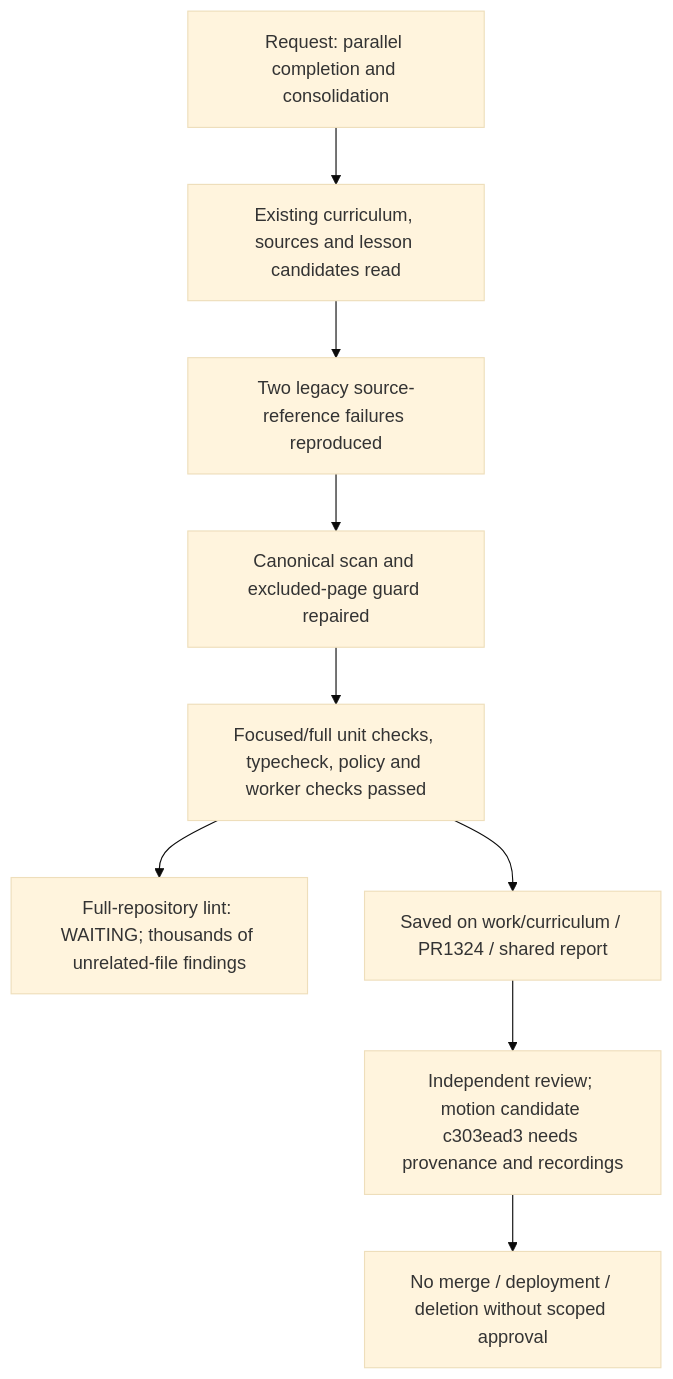
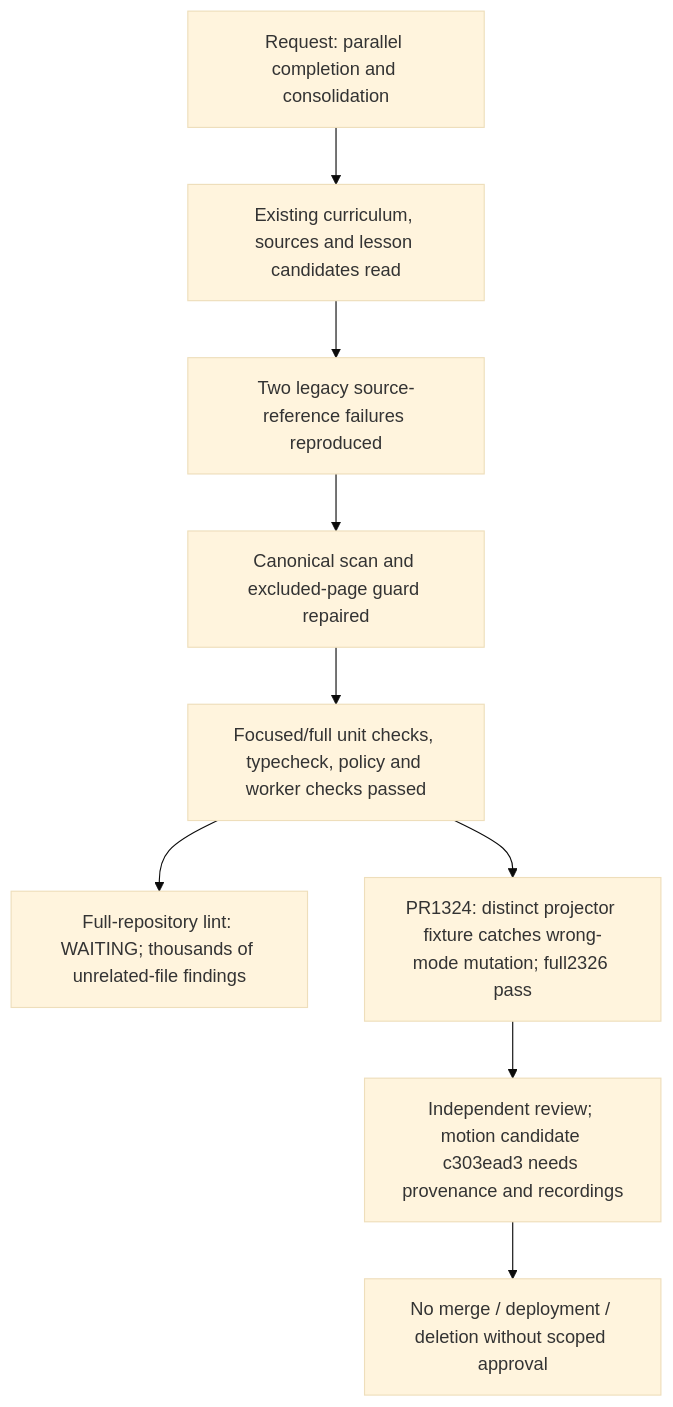
Before and after one commit to ejnburrows-rgb/cartilla-de-gretel: the third of 4 diagrams in docs/OWNER-VISUAL-STATUS.md, drawn with Mermaid (base theme). The commit also changed other lines of this file and 1 other file, not shown here.

Commit message:
docs: record projector-mode regression proof

````diff
--- a/docs/OWNER-VISUAL-STATUS.md
+++ b/docs/OWNER-VISUAL-STATUS.md
@@ -83,11 +83,11 @@
 ```mermaid
 flowchart TD
   R["Request: parallel completion and consolidation"] --> E["Existing curriculum, sources and lesson candidates read"]
   E --> F["Two legacy source-reference failures reproduced"]
   F --> S["Canonical scan and excluded-page guard repaired"]
   S --> T["Focused/full unit checks, typecheck, policy and worker checks passed"]
   T --> L["Full-repository lint: WAITING; thousands of unrelated-file findings"]
-  T --> P["Saved on work/curriculum / PR1324 / shared report"]
+  T --> P["PR1324: distinct projector fixture catches wrong-mode mutation; full2326 pass"]
   P --> Q["Independent review; motion candidate c303ead3 needs provenance and recordings"]
   Q --> D["No merge / deployment / deletion without scoped approval"]
 ```
````
